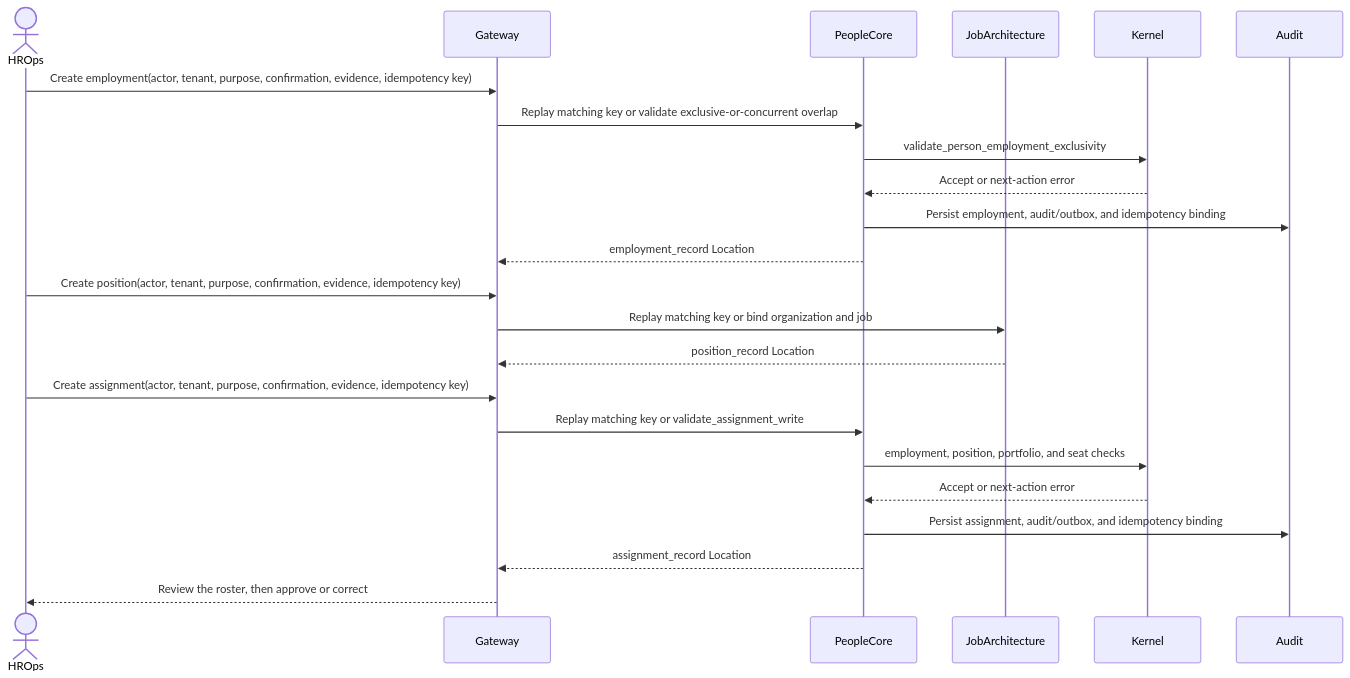
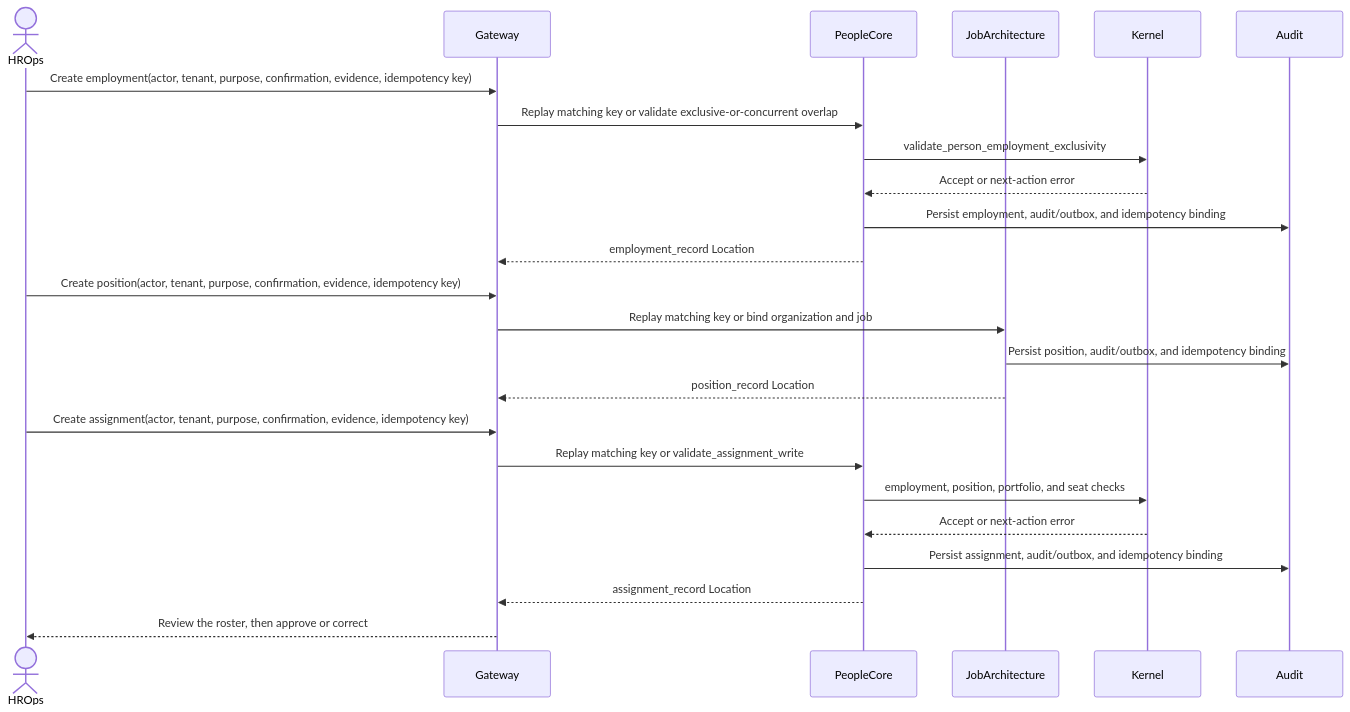
Before and after one commit to ContextualWisdomLab/Orgmetra: the fourth of 4 diagrams in docs/UML.md, drawn with Mermaid. The commit also changed other lines of this file, not shown here.

Commit message:
docs: show position audit idempotency transaction

````diff
--- a/docs/UML.md
+++ b/docs/UML.md
@@ -96,26 +96,27 @@
 ```mermaid
 sequenceDiagram
     actor HROps
     participant Gateway
     participant PeopleCore
     participant JobArchitecture
     participant Kernel
     participant Audit
 
     HROps->>Gateway: Create employment(actor, tenant, purpose, confirmation, evidence, idempotency key)
     Gateway->>PeopleCore: Replay matching key or validate exclusive-or-concurrent overlap
     PeopleCore->>Kernel: validate_person_employment_exclusivity
     Kernel-->>PeopleCore: Accept or next-action error
     PeopleCore->>Audit: Persist employment, audit/outbox, and idempotency binding
     PeopleCore-->>Gateway: employment_record Location
     HROps->>Gateway: Create position(actor, tenant, purpose, confirmation, evidence, idempotency key)
     Gateway->>JobArchitecture: Replay matching key or bind organization and job
+    JobArchitecture->>Audit: Persist position, audit/outbox, and idempotency binding
     JobArchitecture-->>Gateway: position_record Location
     HROps->>Gateway: Create assignment(actor, tenant, purpose, confirmation, evidence, idempotency key)
     Gateway->>PeopleCore: Replay matching key or validate_assignment_write
     PeopleCore->>Kernel: employment, position, portfolio, and seat checks
     Kernel-->>PeopleCore: Accept or next-action error
     PeopleCore->>Audit: Persist assignment, audit/outbox, and idempotency binding
     PeopleCore-->>Gateway: assignment_record Location
     Gateway-->>HROps: Review the roster, then approve or correct
 ```
````
